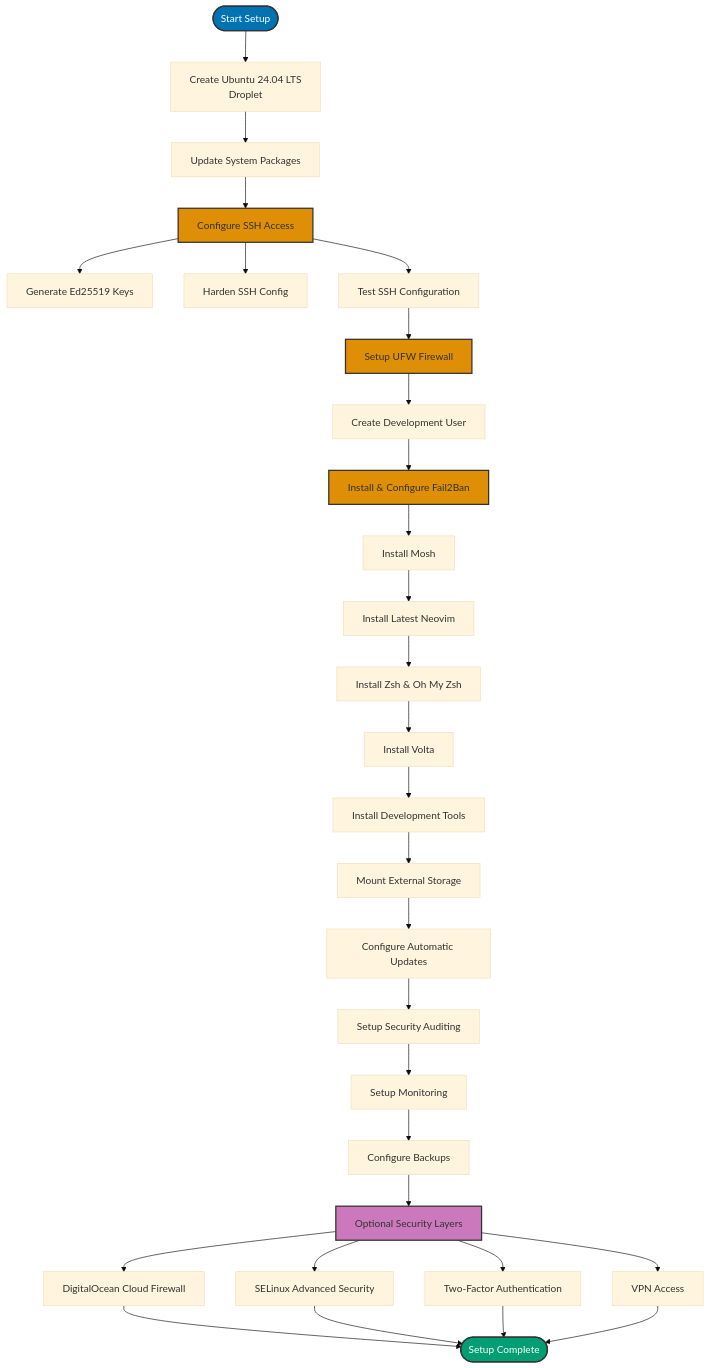
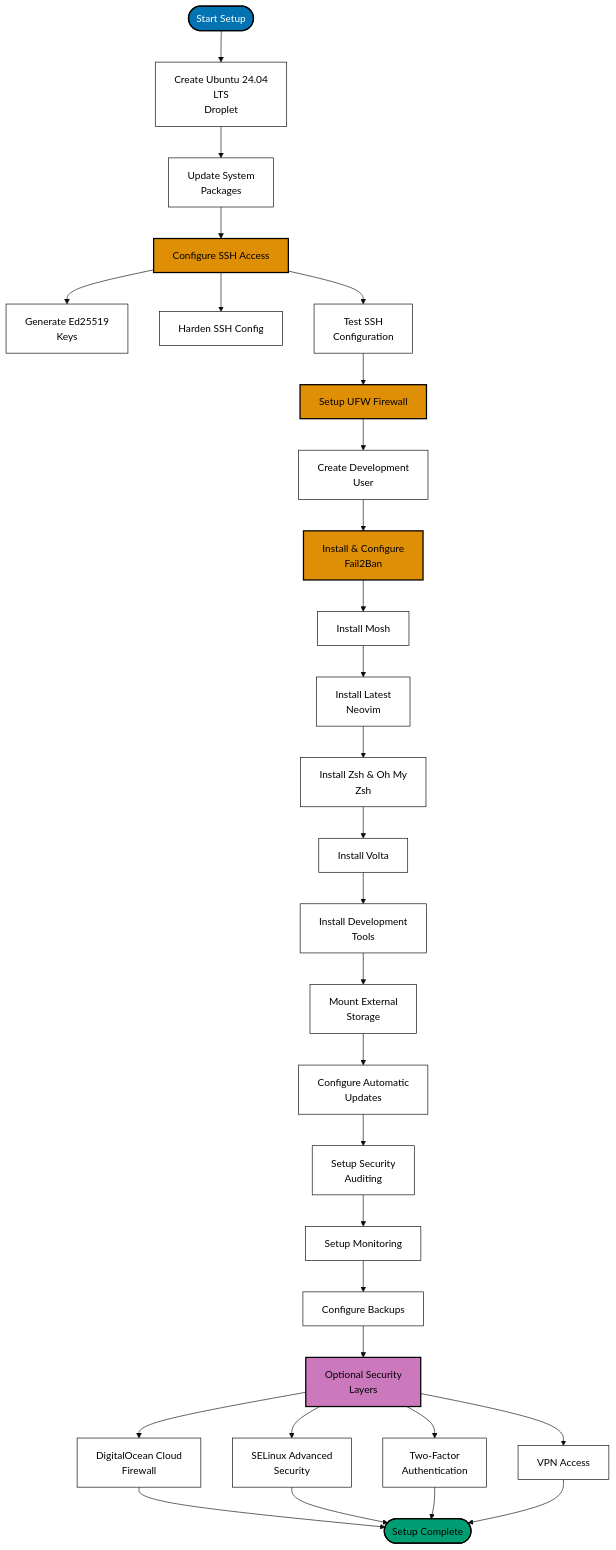
Before and after one commit to wahidyankf/ose-public: the diagram in apps/ayokoding-www/content/en/learn/legacy/software-engineering/infrastructure/by-example/how-to/setup-and-secure-vm-for-development.md, drawn with Mermaid (base theme). The commit also changed 131 other files, not shown here.

First line of the commit message:
fix(mermaid): bring the legacy data, infrastructure, and testing diagrams onto the accessible palette

````diff
--- a/apps/ayokoding-www/content/en/learn/legacy/software-engineering/infrastructure/by-example/how-to/setup-and-secure-vm-for-development.md
+++ b/apps/ayokoding-www/content/en/learn/legacy/software-engineering/infrastructure/by-example/how-to/setup-and-secure-vm-for-development.md
@@ -22,45 +22,52 @@
 ```mermaid
 flowchart TD
-    Start([Start Setup]) --> CreateDroplet[Create Ubuntu 24.04 LTS<br/>Droplet]
-    CreateDroplet --> UpdateSystem[Update System Packages]
+    accTitle: Setup Overview
+    accDescr: Flowchart with 28 nodes and 30 connections. Nodes: Start Setup, Create Ubuntu 24.04 LTS Droplet, Update System Packages, Configure SSH Access, Generate Ed25519 Keys, Harden SSH Config, Test SSH Configuration, Setup UFW Firewall, Create Development User, InstallFail2Ban, Configure, Install Mosh, and 16 more. Connections: Start Setup to Create Ubuntu 24.04 LTS Droplet, Create Ubuntu 24.04 LTS Droplet to Update System Packages, Update System Packages to Configure SSH Access, Configure SSH Access to Generate Ed25519 Keys, Configure SSH Access to Harden SSH Config, Configure SSH Access to Test SSH Configuration, Test SSH Configuration to Setup UFW Firewall, Setup UFW Firewall to Create Development User, Create Development User to InstallFail2Ban, Create Development User to Configure, InstallFail2Ban to Install Mosh, Install Mosh to Install Latest Neovim, and 18 more.
+    Start([Start Setup]) --> CreateDroplet[Create Ubuntu 24.04<br/>LTS<br/>Droplet]
+    CreateDroplet --> UpdateSystem[Update System<br/>Packages]
     UpdateSystem --> ConfigSSH[Configure SSH Access]
 
-    ConfigSSH --> GenKeys[Generate Ed25519 Keys]
+    ConfigSSH --> GenKeys[Generate Ed25519<br/>Keys]
     ConfigSSH --> HardenSSH[Harden SSH Config]
-    ConfigSSH --> TestSSH[Test SSH Configuration]
+    ConfigSSH --> TestSSH[Test SSH<br/>Configuration]
 
     TestSSH --> SetupFirewall[Setup UFW Firewall]
-    SetupFirewall --> CreateUser[Create Development User]
-    CreateUser --> InstallFail2Ban[Install & Configure Fail2Ban]
+    SetupFirewall --> CreateUser[Create Development<br/>User]
+    CreateUser --> InstallFail2Ban[Install & Configure<br/>Fail2Ban]
 
     InstallFail2Ban --> InstallMosh[Install Mosh]
-    InstallMosh --> InstallNvim[Install Latest Neovim]
-    InstallNvim --> InstallZsh[Install Zsh & Oh My Zsh]
+    InstallMosh --> InstallNvim[Install Latest<br/>Neovim]
+    InstallNvim --> InstallZsh[Install Zsh & Oh My<br/>Zsh]
     InstallZsh --> InstallVolta[Install Volta]
-    InstallVolta --> DevTools[Install Development Tools]
-    DevTools --> MountVolume[Mount External Storage]
+    InstallVolta --> DevTools[Install Development<br/>Tools]
+    DevTools --> MountVolume[Mount External<br/>Storage]
 
-    MountVolume --> AutoUpdates[Configure Automatic Updates]
-    AutoUpdates --> SecurityAudit[Setup Security Auditing]
+    MountVolume --> AutoUpdates[Configure Automatic<br/>Updates]
+    AutoUpdates --> SecurityAudit[Setup Security<br/>Auditing]
     SecurityAudit --> Monitoring[Setup Monitoring]
 
     Monitoring --> Backups[Configure Backups]
-    Backups --> Optional[Optional Security Layers]
+    Backups --> Optional[Optional Security<br/>Layers]
 
-    Optional --> CloudFW[DigitalOcean Cloud Firewall]
-    Optional --> SELinux[SELinux Advanced Security]
-    Optional --> TwoFA[Two-Factor Authentication]
+    Optional --> CloudFW[DigitalOcean Cloud<br/>Firewall]
+    Optional --> SELinux[SELinux Advanced<br/>Security]
+    Optional --> TwoFA[Two-Factor<br/>Authentication]
     Optional --> VPN[VPN Access]
 
     CloudFW --> Complete([Setup Complete])
     SELinux --> Complete
     TwoFA --> Complete
     VPN --> Complete
 
-    style Start fill:#0173B2,stroke:#333,stroke-width:2px,color:#fff
-    style Complete fill:#029E73,stroke:#333,stroke-width:2px,color:#fff
-    style ConfigSSH fill:#DE8F05,stroke:#333,stroke-width:2px
-    style SetupFirewall fill:#DE8F05,stroke:#333,stroke-width:2px
-    style InstallFail2Ban fill:#DE8F05,stroke:#333,stroke-width:2px
-    style Optional fill:#CC78BC,stroke:#333,stroke-width:2px
+    classDef pal-0173B2 fill:#0173B2,stroke:#000000,color:#FFFFFF,stroke-width:2px
+    class Start pal-0173B2
+    classDef pal-029E73 fill:#029E73,stroke:#000000,color:#000000,stroke-width:2px
+    class Complete pal-029E73
+    classDef pal-DE8F05 fill:#DE8F05,stroke:#000000,color:#000000,stroke-width:2px
+    class ConfigSSH pal-DE8F05
+    class SetupFirewall pal-DE8F05
+    class InstallFail2Ban pal-DE8F05
+    classDef pal-CC78BC fill:#CC78BC,stroke:#000000,color:#000000,stroke-width:2px
+    class Optional pal-CC78BC
+    classDef default fill:#FFFFFF,stroke:#000000,color:#000000
 ```
````
